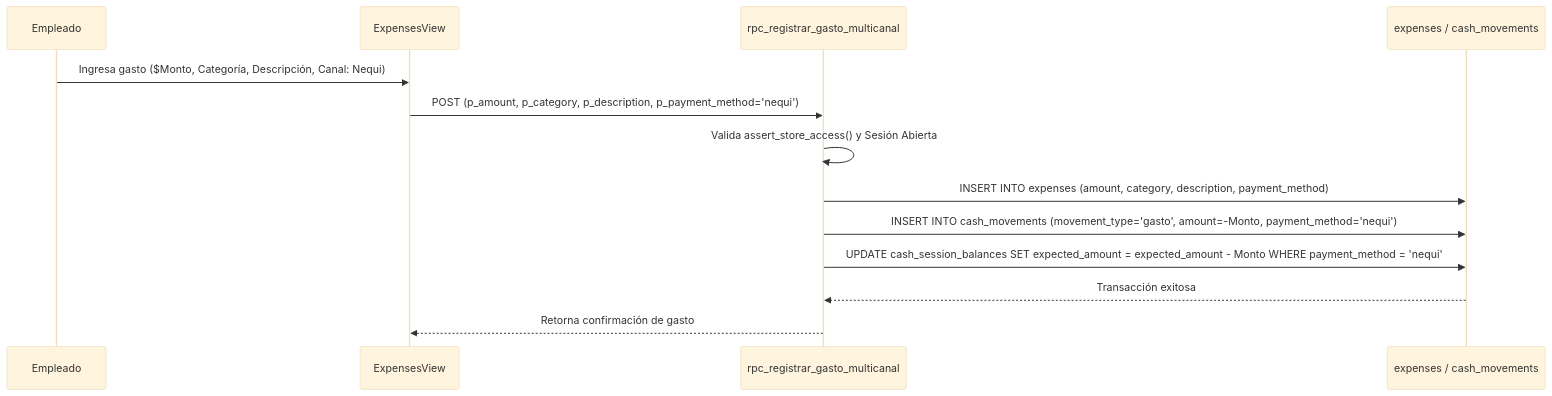
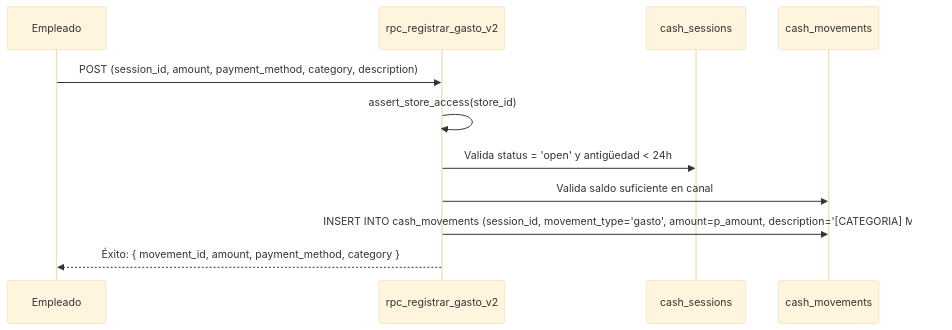
The first of 3 diagrams in documentation/01_requirements/SDD/SDD_022_GASTOS_MULTICANAL.md (YamirJCF/tienda-barrio-pro), drawn with Mermaid (base theme) before and after one commit. The commit also changed other lines of this file and 3 other files, not shown here.

````diff
--- a/documentation/01_requirements/SDD/SDD_022_GASTOS_MULTICANAL.md
+++ b/documentation/01_requirements/SDD/SDD_022_GASTOS_MULTICANAL.md
@@ -42,16 +50,14 @@
 ```mermaid
 sequenceDiagram
     participant Empleado
-    participant UI as ExpensesView
-    participant RPC as rpc_registrar_gasto_multicanal
-    participant DB as expenses / cash_movements
+    participant RPC as rpc_registrar_gasto_v2
+    participant S as cash_sessions
+    participant M as cash_movements
 
-    Empleado->>UI: Ingresa gasto ($Monto, Categoría, Descripción, Canal: Nequi)
-    UI->>RPC: POST (p_amount, p_category, p_description, p_payment_method='nequi')
-    RPC->>RPC: Valida assert_store_access() y Sesión Abierta
-    RPC->>DB: INSERT INTO expenses (amount, category, description, payment_method)
-    RPC->>DB: INSERT INTO cash_movements (movement_type='gasto', amount=-Monto, payment_method='nequi')
-    RPC->>DB: UPDATE cash_session_balances SET expected_amount = expected_amount - Monto WHERE payment_method = 'nequi'
-    DB-->>RPC: Transacción exitosa
-    RPC-->>UI: Retorna confirmación de gasto
+    Empleado->>RPC: POST (session_id, amount, payment_method, category, description)
+    RPC->>RPC: assert_store_access(store_id)
+    RPC->>S: Valida status = 'open' y antigüedad < 24h
+    RPC->>M: Valida saldo suficiente en canal
+    RPC->>M: INSERT INTO cash_movements (session_id, movement_type='gasto', amount=p_amount, description='[CATEGORIA] Motivo')
+    RPC-->>Empleado: Éxito: { movement_id, amount, payment_method, category }
 ```
````
